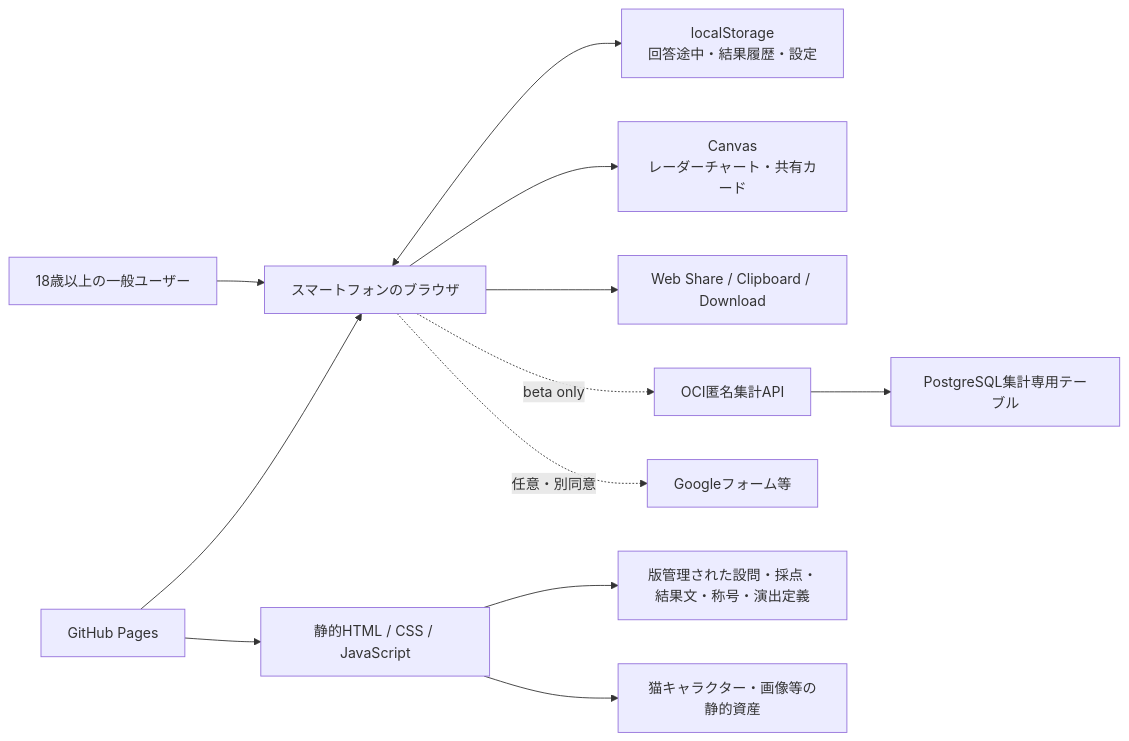
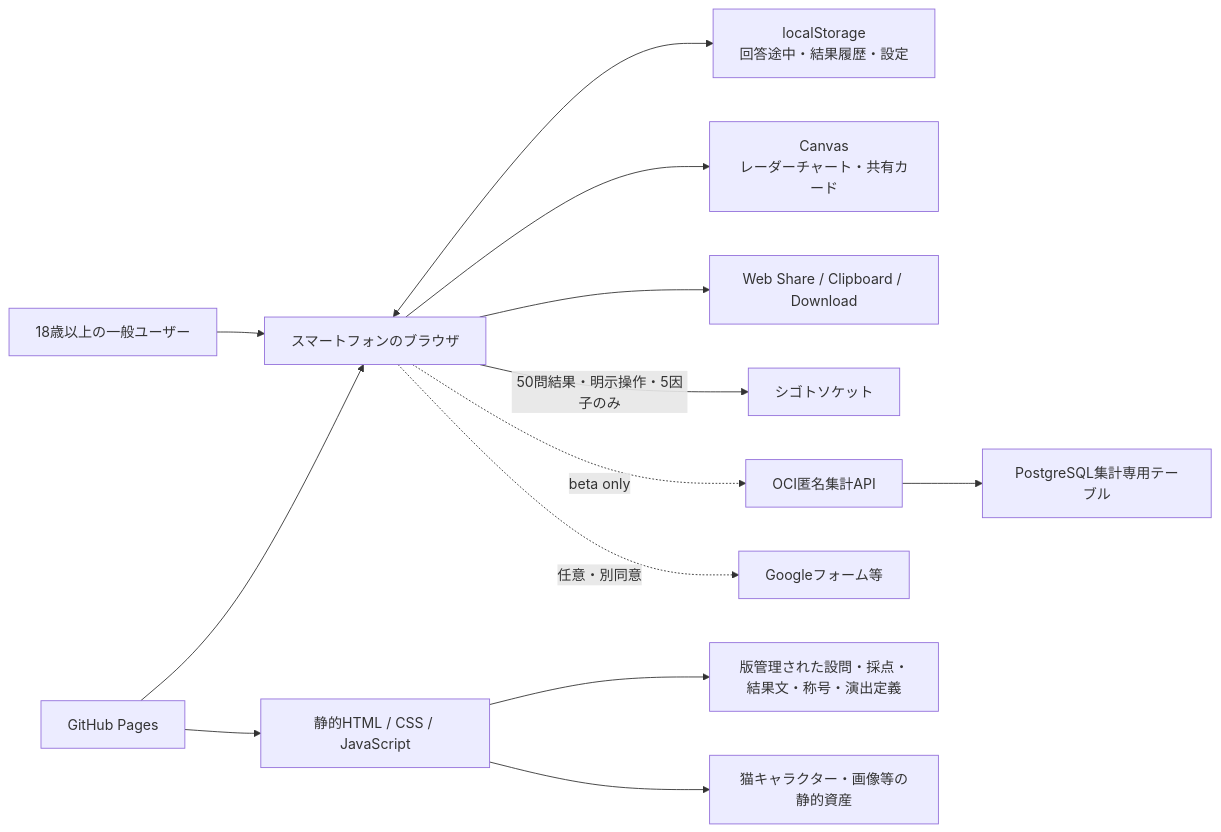
The diagram in docs/基本設計サマリ.md (gerupon-lgtm/big-five), drawn with Mermaid before and after one commit. The commit also changed other lines of this file and 17 other files, not shown here.

````diff
--- a/docs/基本設計サマリ.md
+++ b/docs/基本設計サマリ.md
@@ -35,14 +35,15 @@
 ```mermaid
 flowchart LR
     U["18歳以上の一般ユーザー"] --> B["スマートフォンのブラウザ"]
     G["GitHub Pages"] --> B
     G --> S["静的HTML / CSS / JavaScript"]
     S --> D["版管理された設問・採点・結果文・称号・演出定義"]
     S --> A["猫キャラクター・画像等の静的資産"]
     B <--> L["localStorage<br/>回答途中・結果履歴・設定"]
     B --> C["Canvas<br/>レーダーチャート・共有カード"]
     B --> W["Web Share / Clipboard / Download"]
+    B -->|"50問結果・明示操作・5因子のみ"| J["シゴトソケット"]
     B -. "beta only" .-> X["OCI匿名集計API"]
     X --> P["PostgreSQL集計専用テーブル"]
     B -. "任意・別同意" .-> F["Googleフォーム等"]
 ```
````
